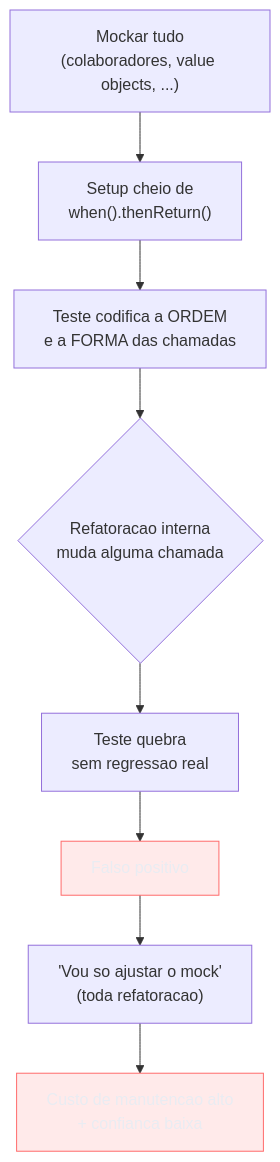
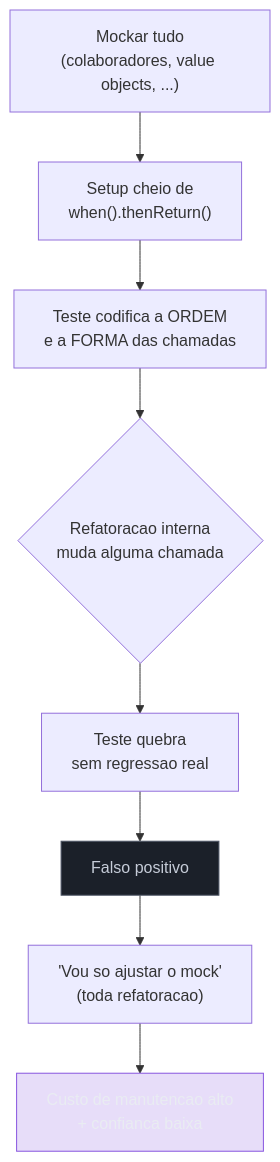
One commit to josenaldo/codex-technomanticus changed the third of 5 diagrams in 03-Dominios/Engenharia/Testes/06 - Testar comportamento, não implementação.md. Above: the diagram before and after it, drawn with Mermaid. The commit also changed other lines of this file and 601 other files, not shown here.

````diff
--- a/03-Dominios/Engenharia/Testes/06 - Testar comportamento, não implementação.md
+++ b/03-Dominios/Engenharia/Testes/06 - Testar comportamento, não implementação.md
@@ -141,14 +141,15 @@
 ```mermaid
 flowchart TD
-    classDef falha fill:#FF6B6B24,stroke:#FF6B6B,color:#E9ECF2
+    classDef marca fill:#8855DF33,stroke:#8855DF,color:#E9ECF2
+    classDef neutro fill:#1B2029,stroke:#4E5666,color:#C6CCD8
     A["Mockar tudo<br/>(colaboradores, value objects, ...)"] --> B["Setup cheio de<br/>when().thenReturn()"]
     B --> C["Teste codifica a ORDEM<br/>e a FORMA das chamadas"]
     C --> D{"Refatoracao interna<br/>muda alguma chamada"}
     D --> E["Teste quebra<br/>sem regressao real"]
     E --> F["Falso positivo"]
     F --> G["'Vou so ajustar o mock'<br/>(toda refatoracao)"]
     G --> H["Custo de manutencao alto<br/>+ confianca baixa"]
 
-    class F falha
-    class H falha
+    class F neutro
+    class H marca
 ```
````
